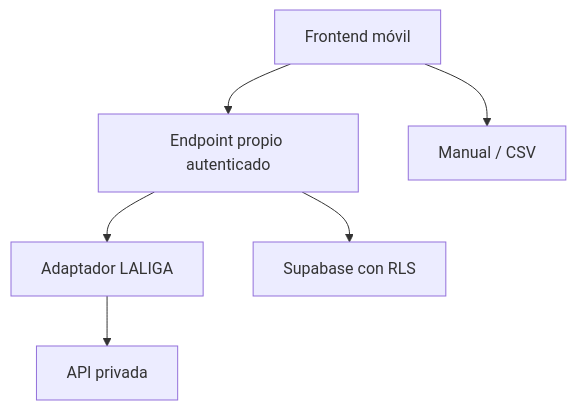
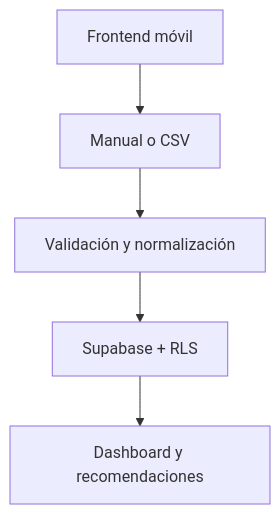
Before and after one commit to Icontre2/fantasy-copilot: the diagram in docs/laliga-readonly-integration.md, drawn with Mermaid. The commit also changed other lines of this file, not shown here.

````diff
--- a/docs/laliga-readonly-integration.md
+++ b/docs/laliga-readonly-integration.md
@@ -26,8 +35,7 @@
 ```mermaid
 flowchart TD
-  UI["Frontend móvil"] --> API["Endpoint propio autenticado"]
-  API --> ADAPTER["Adaptador LALIGA"]
-  ADAPTER --> PROVIDER["API privada"]
-  API --> DB["Supabase con RLS"]
-  UI --> FALLBACK["Manual / CSV"]
+  UI["Frontend móvil"] --> INPUT["Manual o CSV"]
+  INPUT --> VALIDATE["Validación y normalización"]
+  VALIDATE --> DB["Supabase + RLS"]
+  DB --> APP["Dashboard y recomendaciones"]
 ```
````
